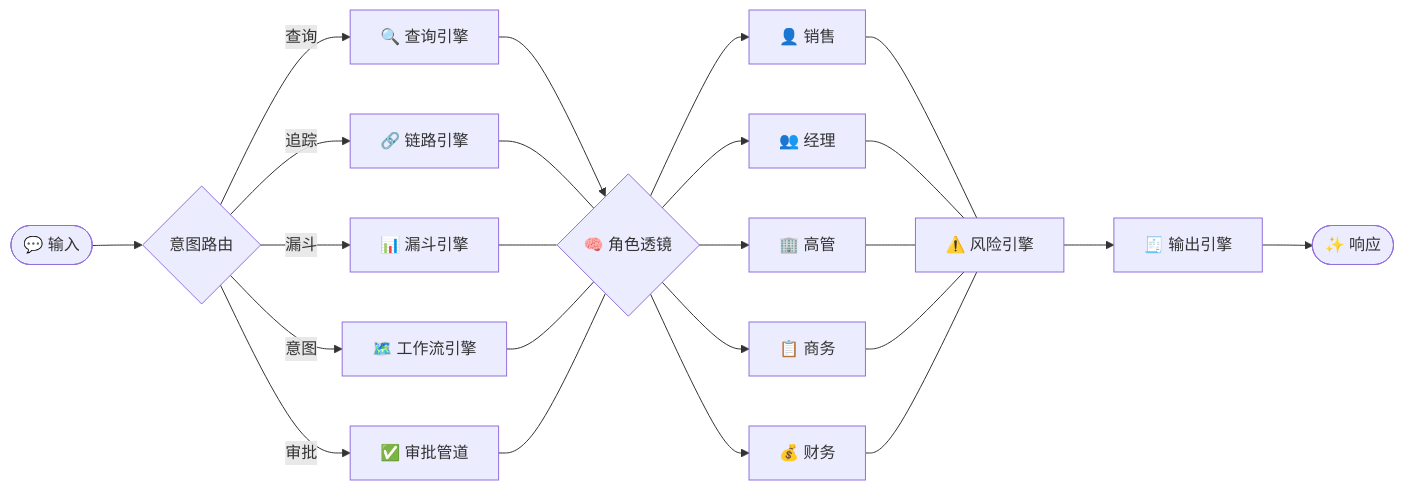
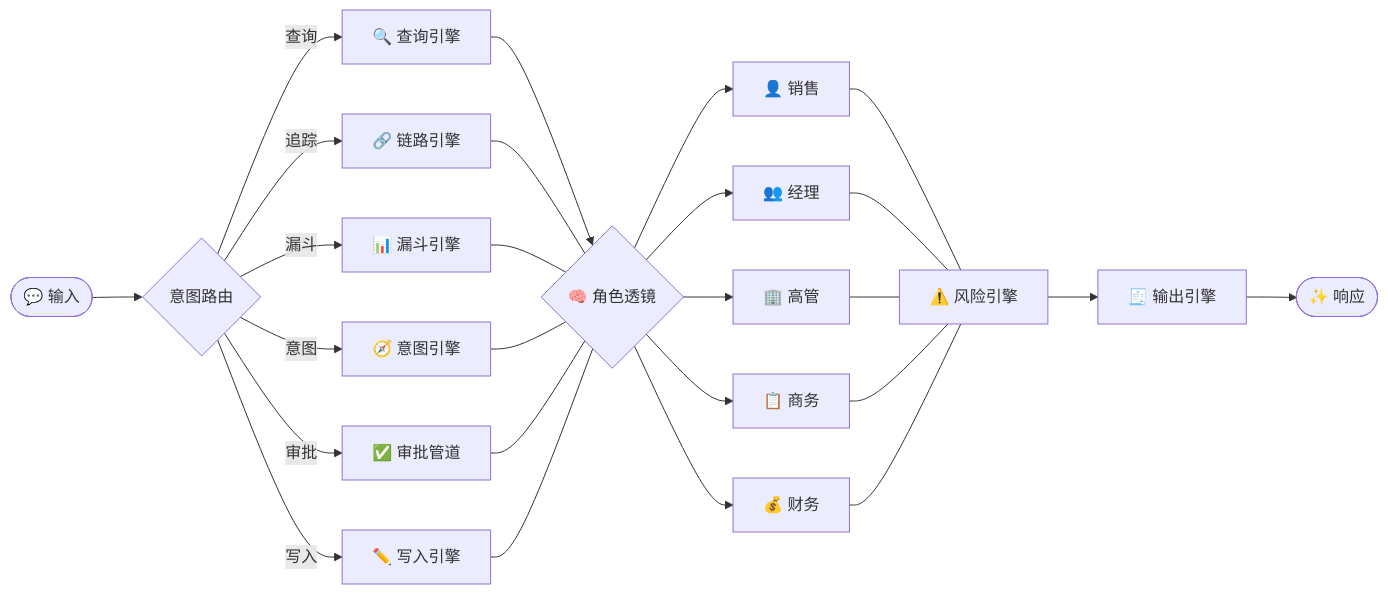
The first of 2 diagrams in README.md (1Panel-dev/CordysCRM-skills), drawn with Mermaid before and after one commit. The commit also changed other lines of this file and 19 other files, not shown here.

Commit message:
feat: add intent routing engine and write operation specifications

````diff
--- a/README.md
+++ b/README.md
@@ -90,31 +90,33 @@
 ```mermaid
 flowchart LR
     U(["💬 输入"]) --> GATE{"意图路由"}
 
     GATE -->|"查询"| QUERY["🔍 查询引擎"]
     GATE -->|"追踪"| LINK["🔗 链路引擎"]
     GATE -->|"漏斗"| FUNNEL["📊 漏斗引擎"]
-    GATE -->|"意图"| FLOW["🗺️ 工作流引擎"]
+    GATE -->|"意图"| INTENT["🧭 意图引擎"]
     GATE -->|"审批"| APPR["✅ 审批管道"]
+    GATE -->|"写入"| WRITE["✏️ 写入引擎"]
 
     QUERY --> ROLE{"🧠 角色透镜"}
     LINK --- ROLE
     FUNNEL --- ROLE
-    FLOW --- ROLE
+    INTENT --- ROLE
     APPR --- ROLE
+    WRITE --- ROLE
 
     ROLE --> SL["👤 销售"]
     ROLE --> SM["👥 经理"]
     ROLE --> EX["🏢 高管"]
     ROLE --> CA["📋 商务"]
     ROLE --> FN["💰 财务"]
 
     SL --- RISK["⚠️ 风险引擎"]
     SM --- RISK
     EX --- RISK
     CA --- RISK
     FN --- RISK
 
     RISK --> FMT["🧾 输出引擎"]
     FMT --> OUT(["✨ 响应"])
 ```
````
